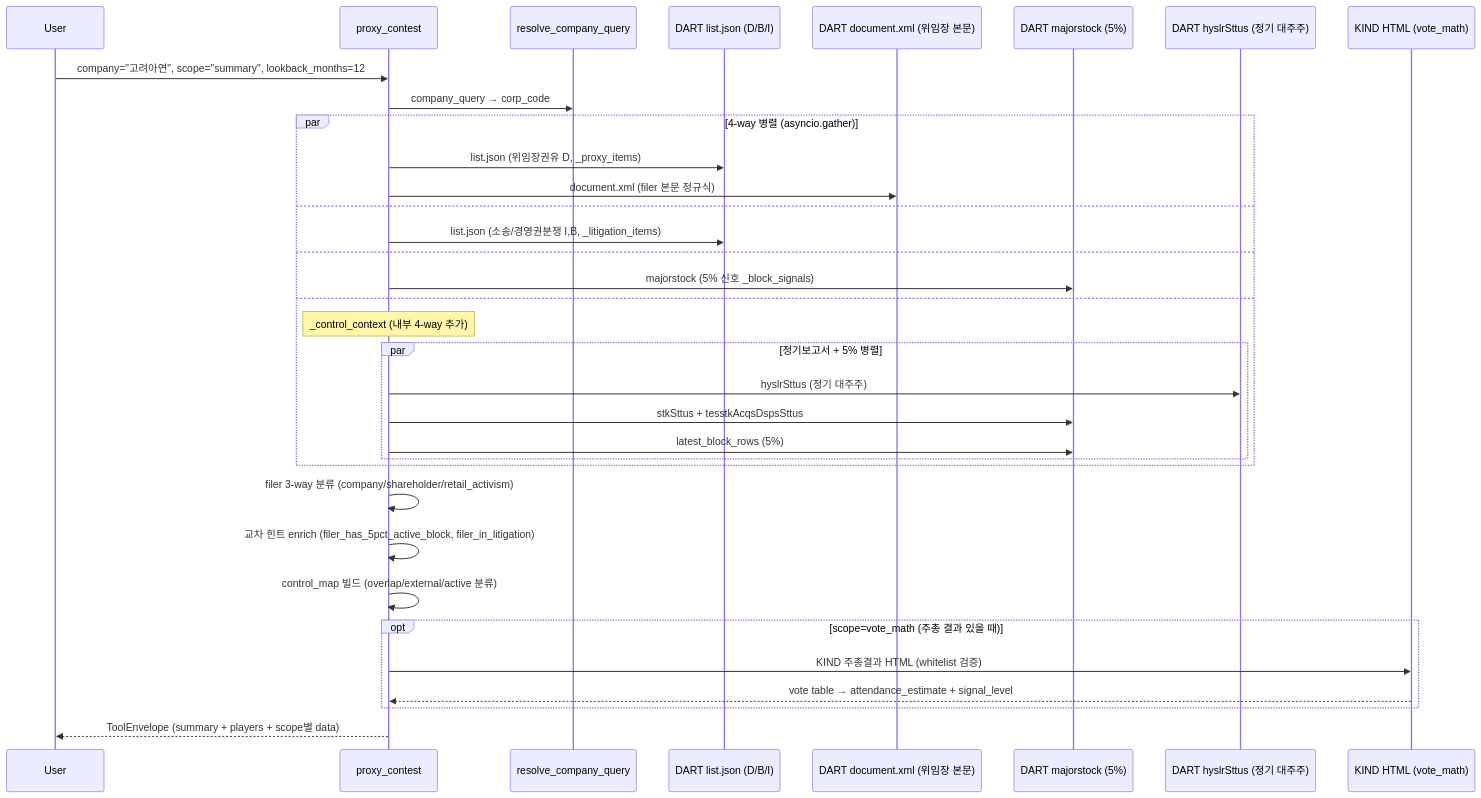
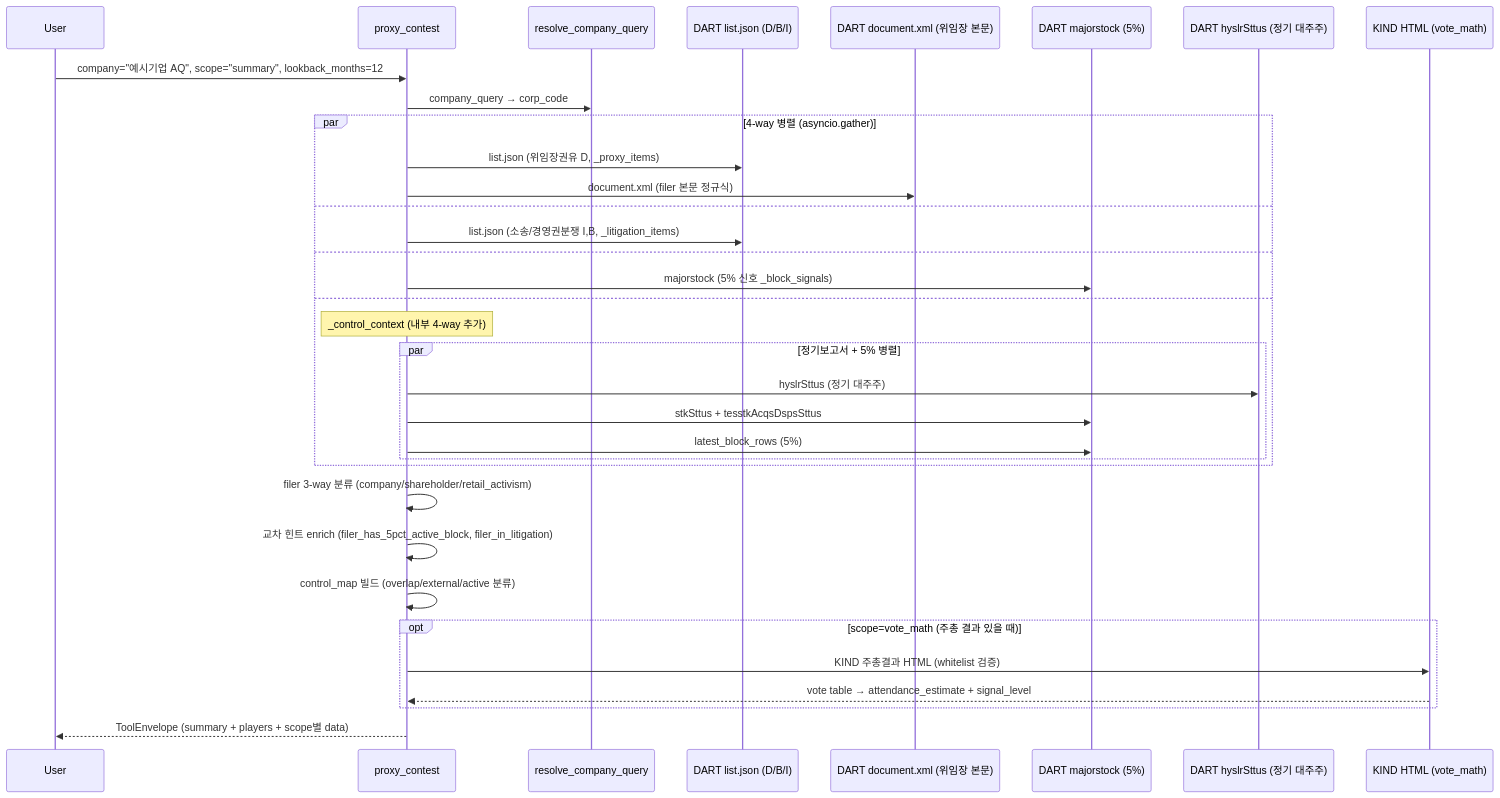
The diagram in wiki/tools/proxy_contest.md (MarcoYou/open-proxy-mcp), drawn with Mermaid before and after one commit. The commit also changed other lines of this file and 156 other files, not shown here.

````diff
--- a/wiki/tools/proxy_contest.md
+++ b/wiki/tools/proxy_contest.md
@@ -96,36 +98,36 @@
 ```mermaid
 sequenceDiagram
     participant U as User
     participant T as proxy_contest
     participant R as resolve_company_query
     participant DL as DART list.json (D/B/I)
     participant DX as DART document.xml (위임장 본문)
     participant DM as DART majorstock (5%)
     participant DH as DART hyslrSttus (정기 대주주)
     participant K as KIND HTML (vote_math)
-    U->>T: company="고려아연", scope="summary", lookback_months=12
+    U->>T: company="예시기업 AQ", scope="summary", lookback_months=12
     T->>R: company_query → corp_code
     par 4-way 병렬 (asyncio.gather)
         T->>DL: list.json (위임장권유 D, _proxy_items)
         T->>DX: document.xml (filer 본문 정규식)
     and
         T->>DL: list.json (소송/경영권분쟁 I,B, _litigation_items)
     and
         T->>DM: majorstock (5% 신호 _block_signals)
     and
         Note over T: _control_context (내부 4-way 추가)
         par 정기보고서 + 5% 병렬
             T->>DH: hyslrSttus (정기 대주주)
             T->>DM: stkSttus + tesstkAcqsDspsSttus
             T->>DM: latest_block_rows (5%)
         end
     end
     T->>T: filer 3-way 분류 (company/shareholder/retail_activism)
     T->>T: 교차 힌트 enrich (filer_has_5pct_active_block, filer_in_litigation)
     T->>T: control_map 빌드 (overlap/external/active 분류)
     opt scope=vote_math (주총 결과 있을 때)
         T->>K: KIND 주총결과 HTML (whitelist 검증)
         K-->>T: vote table → attendance_estimate + signal_level
     end
     T-->>U: ToolEnvelope (summary + players + scope별 data)
 ```
````
